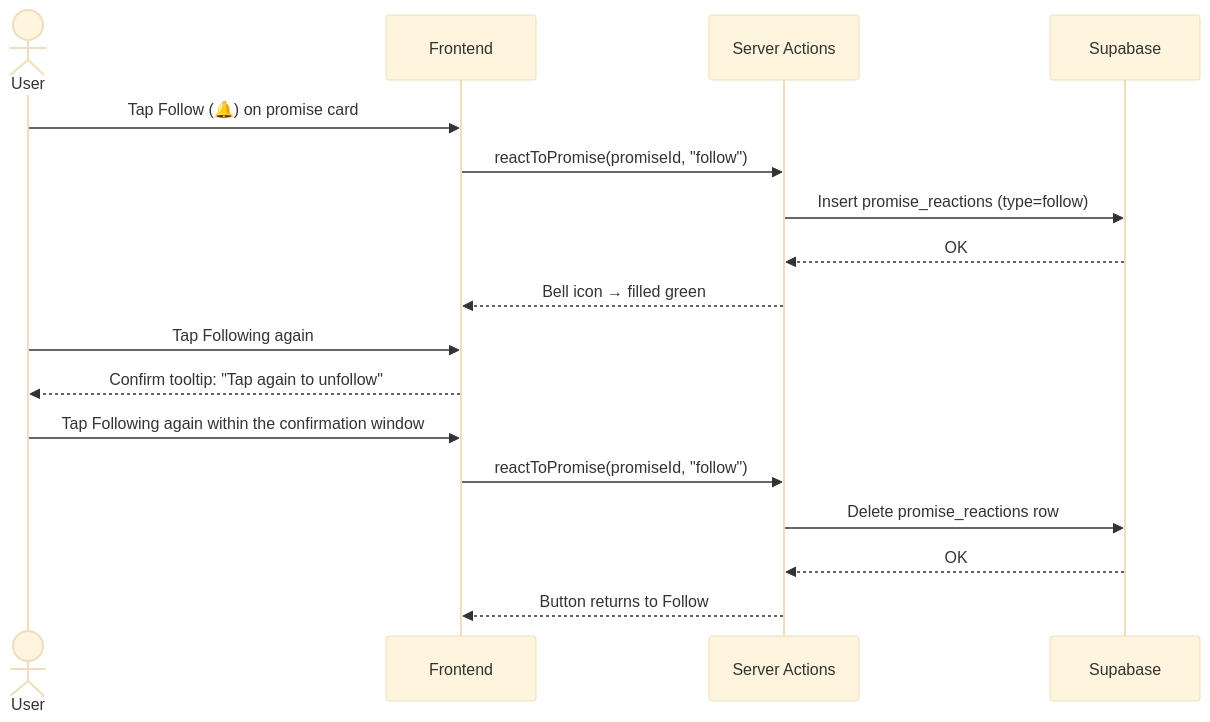
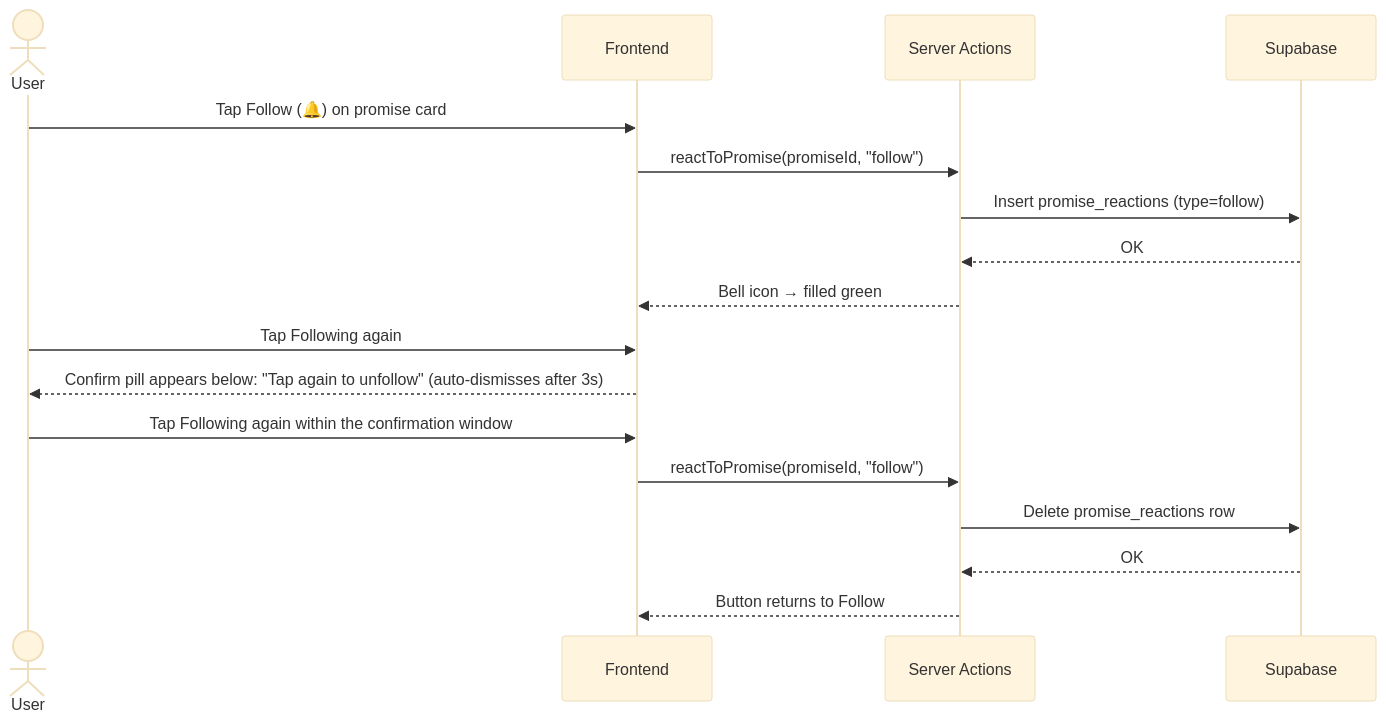
The third of 3 diagrams in features/feat-promise-tracker.md (MG177/WIWOKDETOK-docs), drawn with Mermaid (base theme) before and after one commit. The commit also changed other lines of this file and 5 other files, not shown here.

````diff
--- a/features/feat-promise-tracker.md
+++ b/features/feat-promise-tracker.md
@@ -196,19 +196,19 @@
 ```mermaid
 sequenceDiagram
     actor User
     participant UI as Frontend
     participant SA as Server Actions
     participant DB as Supabase
     User->>UI: Tap Follow (🔔) on promise card
     UI->>SA: reactToPromise(promiseId, "follow")
     SA->>DB: Insert promise_reactions (type=follow)
     DB-->>SA: OK
     SA-->>UI: Bell icon → filled green
     User->>UI: Tap Following again
-    UI-->>User: Confirm tooltip: "Tap again to unfollow"
+    UI-->>User: Confirm pill appears below: "Tap again to unfollow" (auto-dismisses after 3s)
     User->>UI: Tap Following again within the confirmation window
     UI->>SA: reactToPromise(promiseId, "follow")
     SA->>DB: Delete promise_reactions row
     DB-->>SA: OK
     SA-->>UI: Button returns to Follow
 ```
````
